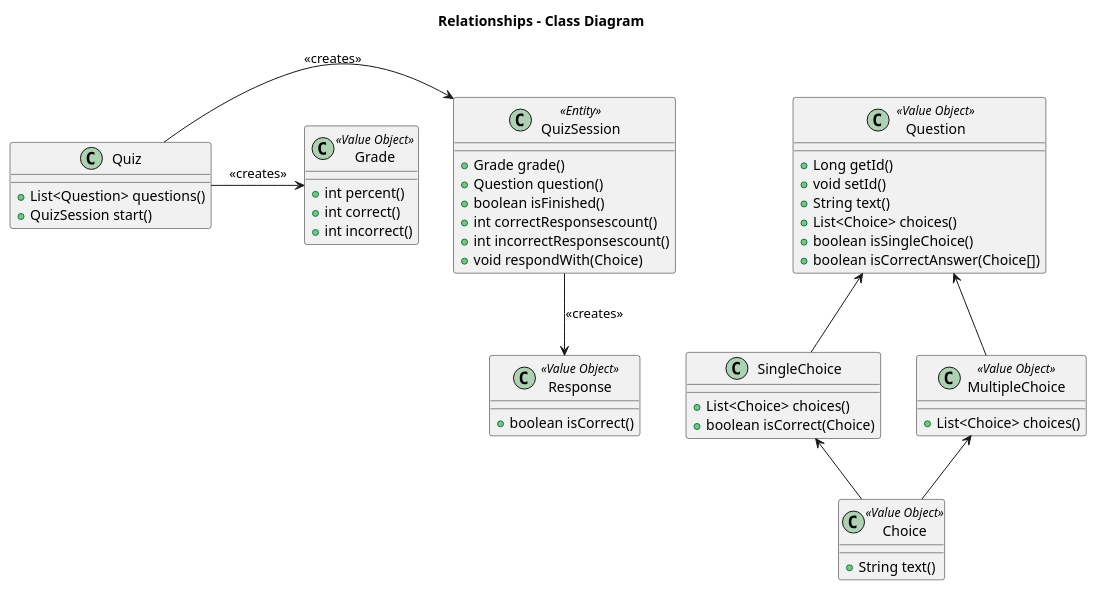
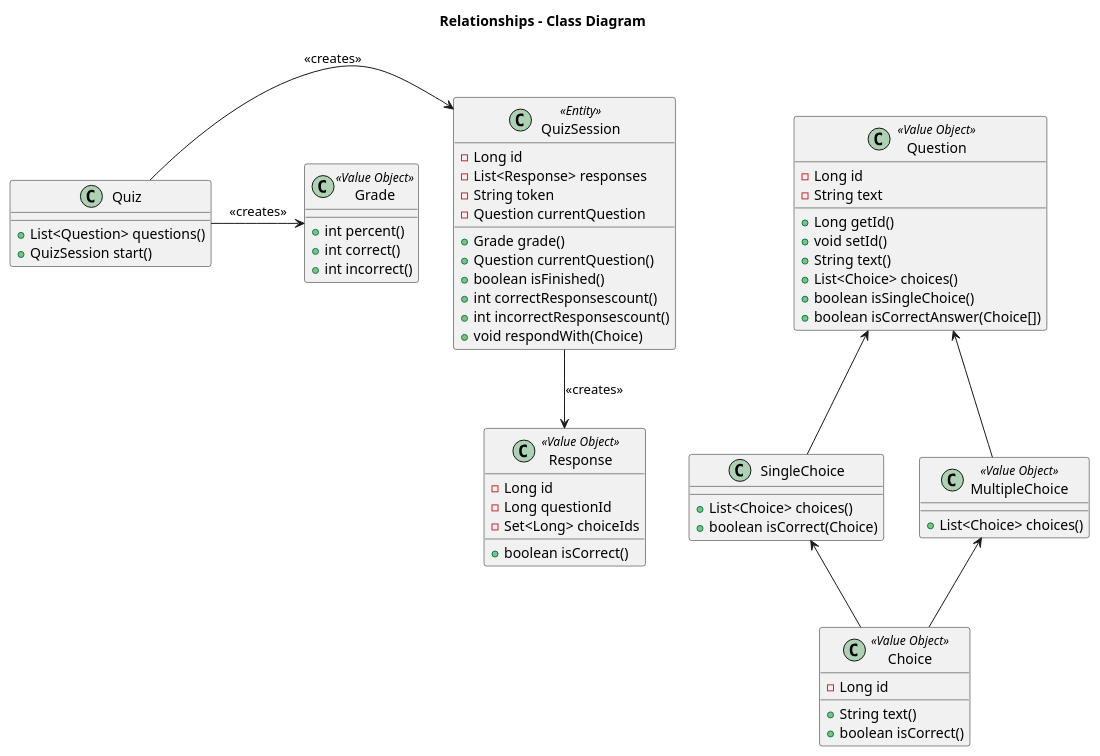
Before and after one commit to TomSpencerLondon/Quiz: the diagram in src/main/resources/diagrams/classDiagram.puml, drawn with PlantUML. The commit also changed 5 other files, not shown here.

Commit message:
Add erm database diagram and - mission for Id objects

```diff
--- a/src/main/resources/diagrams/classDiagram.puml
+++ b/src/main/resources/diagrams/classDiagram.puml
@@ -1,58 +1,69 @@
 @startuml
 title Relationships - Class Diagram
 
 class Quiz {
   + List<Question> questions()
   + QuizSession start()
 }
 
 class Grade <<Value Object>> {
   + int percent()
   + int correct()
   + int incorrect()
 }
 
 class QuizSession <<Entity>> {
+  - Long id
+  - List<Response> responses
+  - String token
+  - Question currentQuestion
   + Grade grade()
-  + Question question()
+  + Question currentQuestion()
   + boolean isFinished()
   + int correctResponsescount()
   + int incorrectResponsescount()
   + void respondWith(Choice)
 }
 
 class Question <<Value Object>> {
+  - Long id
+  - String text
   + Long getId()
   + void setId()
   + String text()
   + List<Choice> choices()
   + boolean isSingleChoice()
   + boolean isCorrectAnswer(Choice[])
 }
 
 class Response <<Value Object>> {
+  - Long id
+  - Long questionId
+  - Set<Long> choiceIds
   + boolean isCorrect()
 }
 
 class SingleChoice {
   + List<Choice> choices()
   + boolean isCorrect(Choice)
 }
 
 class MultipleChoice <<Value Object>> {
   + List<Choice> choices()
 }
 
 class Choice <<Value Object>> {
+  - Long id
   + String text()
+  + boolean isCorrect()
 }
 
 Quiz -> QuizSession : <<creates>>
 Quiz -> Grade : <<creates>>
 QuizSession -down-> Response : <<creates>>
 Question <-down- SingleChoice
 Question <-down- MultipleChoice
 SingleChoice <-down- Choice
 MultipleChoice <-down- Choice
 
 @enduml
```
